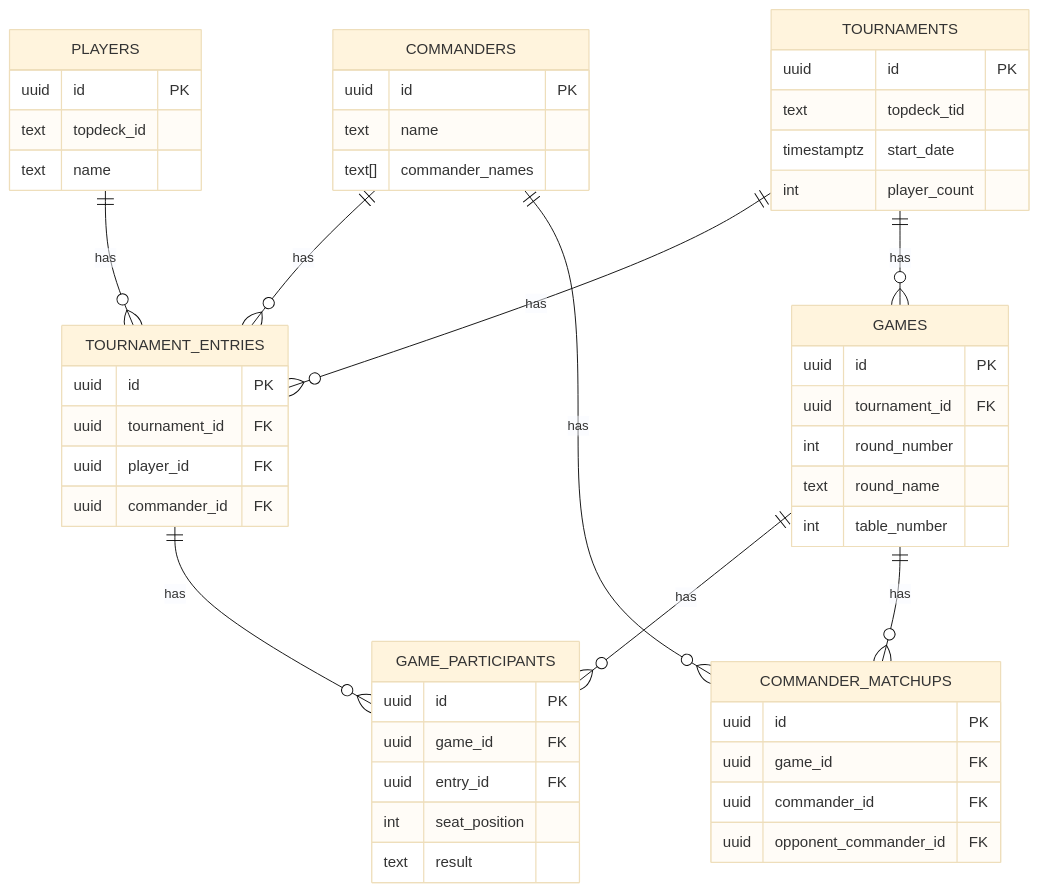
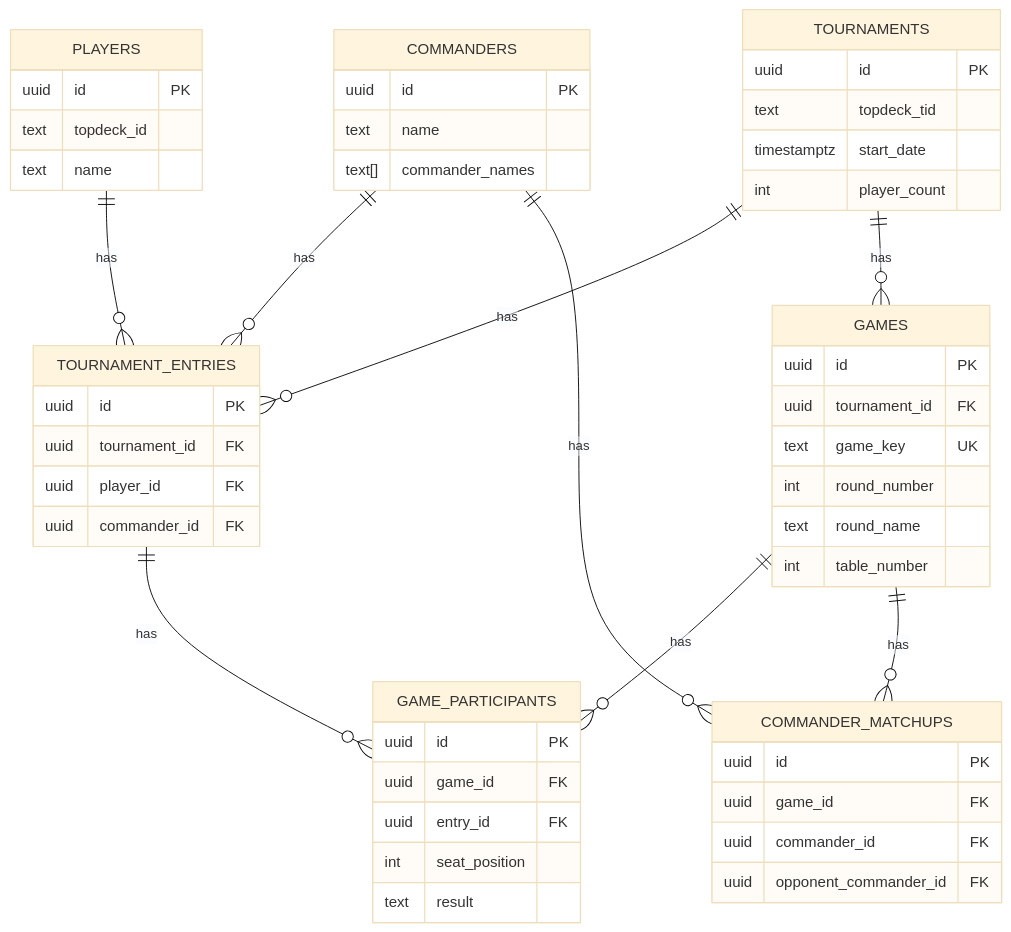
One commit to abcEDH/cedh-research changed the second of 2 diagrams in docs/methodology/data-model.md. Above: the diagram before and after it, drawn with Mermaid (base theme). The commit also changed other lines of this file and 7 other files, not shown here.

````diff
--- a/docs/methodology/data-model.md
+++ b/docs/methodology/data-model.md
@@ -35,62 +35,63 @@
 ```mermaid
 erDiagram
   COMMANDERS ||--o{ TOURNAMENT_ENTRIES : has
   PLAYERS ||--o{ TOURNAMENT_ENTRIES : has
   TOURNAMENTS ||--o{ TOURNAMENT_ENTRIES : has
 
   TOURNAMENTS ||--o{ GAMES : has
   GAMES ||--o{ GAME_PARTICIPANTS : has
   TOURNAMENT_ENTRIES ||--o{ GAME_PARTICIPANTS : has
 
   GAMES ||--o{ COMMANDER_MATCHUPS : has
   COMMANDERS ||--o{ COMMANDER_MATCHUPS : has
 
   COMMANDERS {
     uuid id PK
     text name
     text[] commander_names
   }
 
   PLAYERS {
     uuid id PK
     text topdeck_id
     text name
   }
 
   TOURNAMENTS {
     uuid id PK
     text topdeck_tid
     timestamptz start_date
     int player_count
   }
 
   TOURNAMENT_ENTRIES {
     uuid id PK
     uuid tournament_id FK
     uuid player_id FK
     uuid commander_id FK
   }
 
   GAMES {
     uuid id PK
     uuid tournament_id FK
+    text game_key UK
     int round_number
     text round_name
     int table_number
   }
 
   GAME_PARTICIPANTS {
     uuid id PK
     uuid game_id FK
     uuid entry_id FK
     int seat_position
     text result
   }
 
   COMMANDER_MATCHUPS {
     uuid id PK
     uuid game_id FK
     uuid commander_id FK
     uuid opponent_commander_id FK
   }
 ```
````
